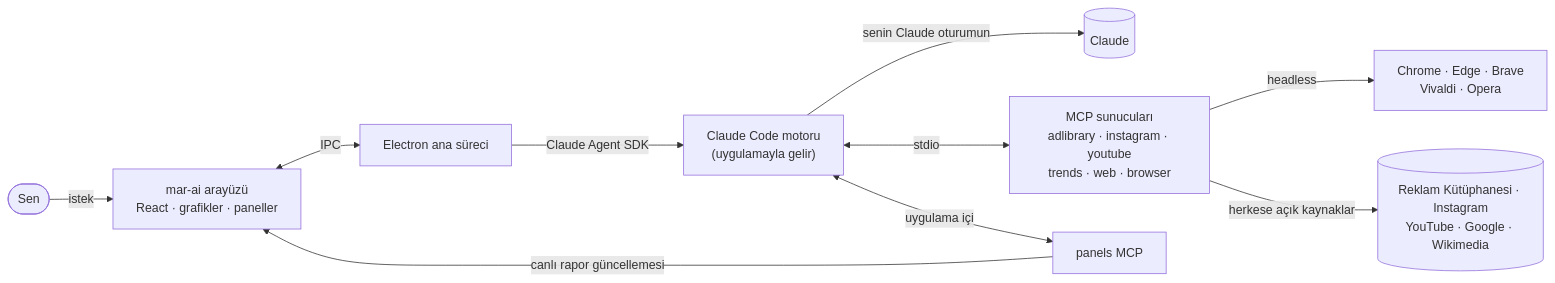
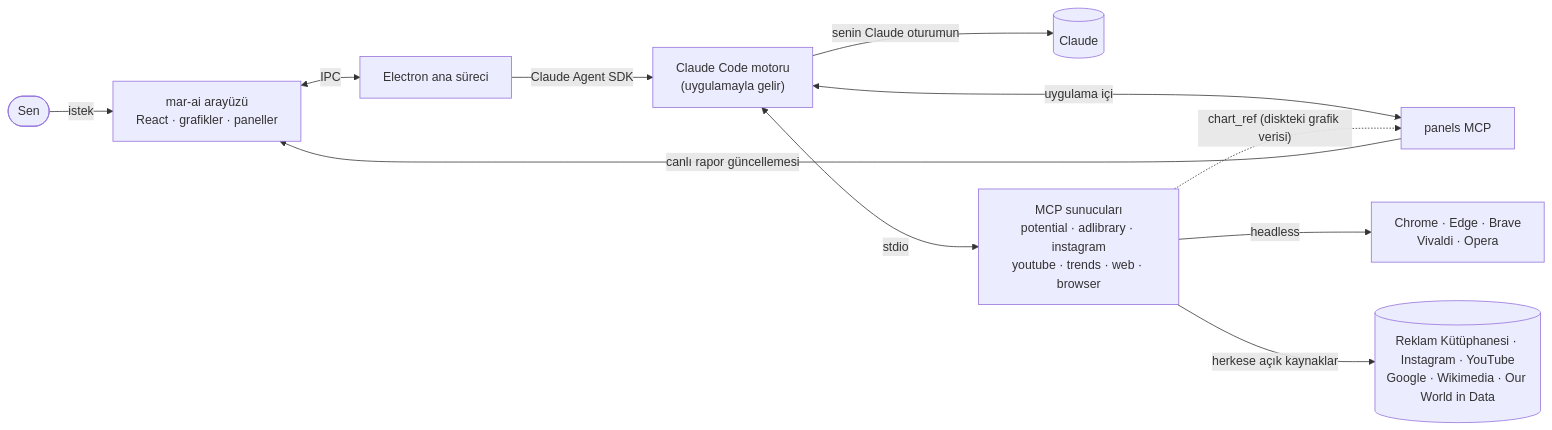
One commit to EthYusuf/mar-ai changed the diagram in README.tr.md. Above: the diagram before and after it, drawn with Mermaid. The commit also changed other lines of this file and 12 other files, not shown here.

````diff
--- a/README.tr.md
+++ b/README.tr.md
@@ -211,12 +246,13 @@
 ```mermaid
 flowchart LR
     U([Sen]) -- istek --> UI["mar-ai arayüzü<br/>React · grafikler · paneller"]
     UI <-- IPC --> MAIN["Electron ana süreci"]
     MAIN -- "Claude Agent SDK" --> CC["Claude Code motoru<br/>(uygulamayla gelir)"]
     CC -- "senin Claude oturumun" --> CLAUDE[("Claude")]
-    CC <-- "stdio" --> MCPS["MCP sunucuları<br/>adlibrary · instagram · youtube<br/>trends · web · browser"]
+    CC <-- "stdio" --> MCPS["MCP sunucuları<br/>potential · adlibrary · instagram<br/>youtube · trends · web · browser"]
     CC <-- "uygulama içi" --> PANELS["panels MCP"]
+    MCPS -. "chart_ref (diskteki grafik verisi)" .-> PANELS
     PANELS -- "canlı rapor güncellemesi" --> UI
     MCPS -- "headless" --> BR["Chrome · Edge · Brave<br/>Vivaldi · Opera"]
-    MCPS -- "herkese açık kaynaklar" --> NET[("Reklam Kütüphanesi · Instagram<br/>YouTube · Google · Wikimedia")]
+    MCPS -- "herkese açık kaynaklar" --> NET[("Reklam Kütüphanesi · Instagram · YouTube<br/>Google · Wikimedia · Our World in Data")]
 ```
````
